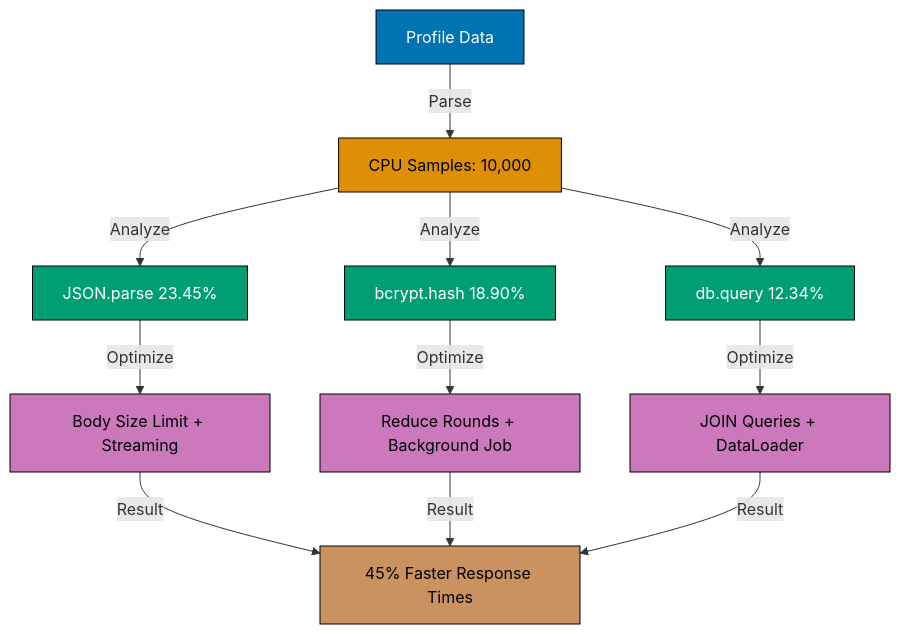
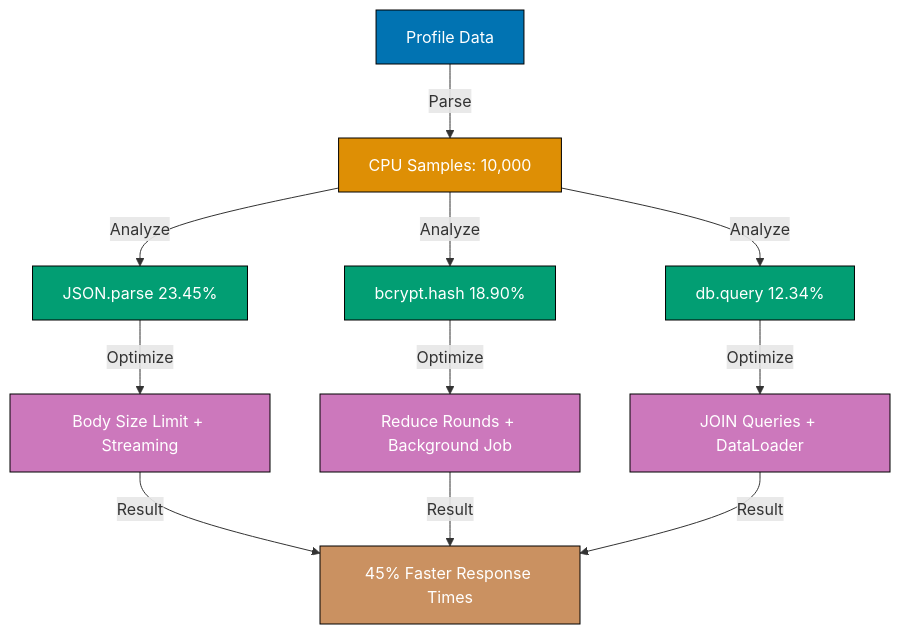
One commit to wahidyankf/open-sharia-enterprise changed the seventh of 10 diagrams in apps/ayokoding-web/content/en/learn/software-engineering/automation-tools/claude-code/by-example/advanced.md. Above: the diagram before and after it, drawn with Mermaid. The commit also changed other lines of this file and 61 other files, not shown here.

First line of the commit message:
fix(ayokoding-web): quote Mermaid node labels with special characters in Example 63

````diff
--- a/apps/ayokoding-web/content/en/learn/software-engineering/automation-tools/claude-code/by-example/advanced.md
+++ b/apps/ayokoding-web/content/en/learn/software-engineering/automation-tools/claude-code/by-example/advanced.md
@@ -1116,23 +1116,23 @@
 ```mermaid
 graph TD
     A[Profile Data] -->|Parse| B[CPU Samples: 10,000]
     B -->|Analyze| C[JSON.parse 23.45%]
     B -->|Analyze| D[bcrypt.hash 18.90%]
     B -->|Analyze| E[db.query 12.34%]
     C -->|Optimize| F[Body Size Limit + Streaming]
     D -->|Optimize| G[Reduce Rounds + Background Job]
     E -->|Optimize| H[JOIN Queries + DataLoader]
     F -->|Result| I[45% Faster Response Times]
     G -->|Result| I
     H -->|Result| I
 
     style A fill:#0173B2,stroke:#000,color:#fff
-    style B fill:#DE8F05,stroke:#000,color:#000
+    style B fill:#DE8F05,stroke:#000,color:#fff
     style C fill:#029E73,stroke:#000,color:#fff
     style D fill:#029E73,stroke:#000,color:#fff
     style E fill:#029E73,stroke:#000,color:#fff
-    style F fill:#CC78BC,stroke:#000,color:#000
-    style G fill:#CC78BC,stroke:#000,color:#000
-    style H fill:#CC78BC,stroke:#000,color:#000
-    style I fill:#CA9161,stroke:#000,color:#000
+    style F fill:#CC78BC,stroke:#000,color:#fff
+    style G fill:#CC78BC,stroke:#000,color:#fff
+    style H fill:#CC78BC,stroke:#000,color:#fff
+    style I fill:#CA9161,stroke:#000,color:#fff
 ```
````
